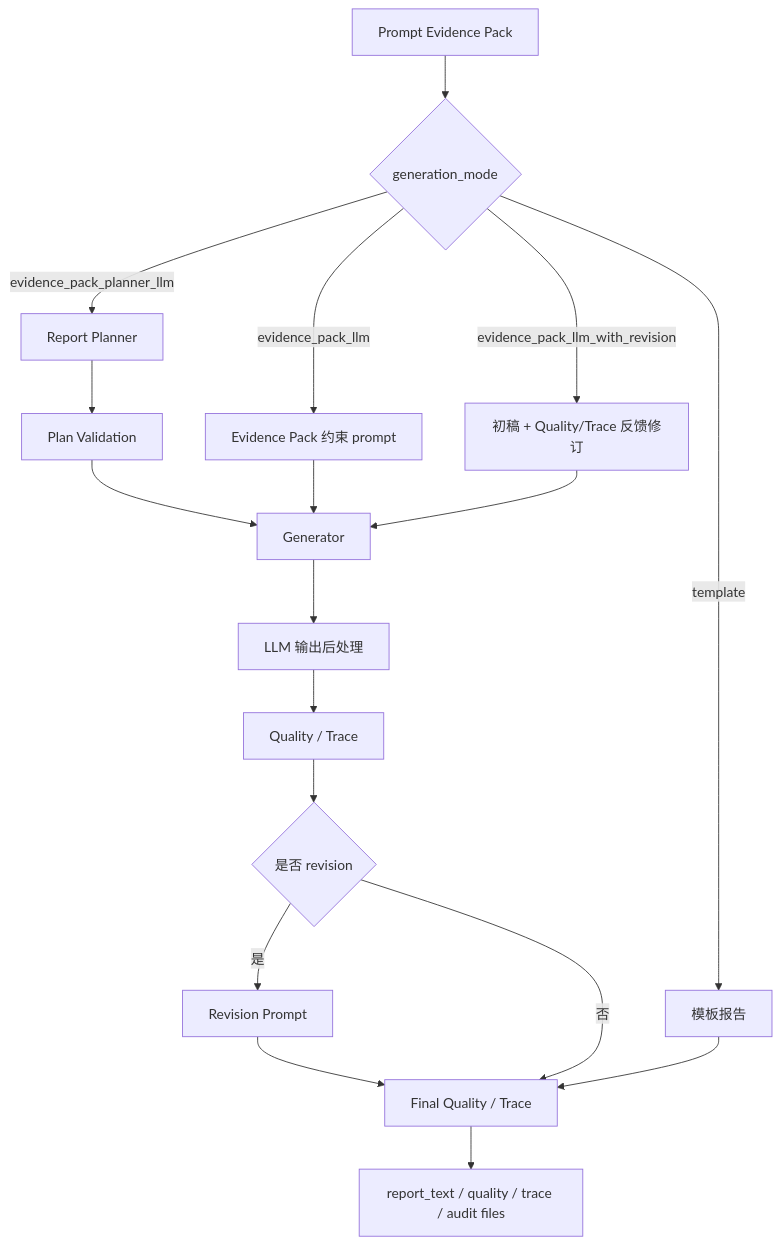
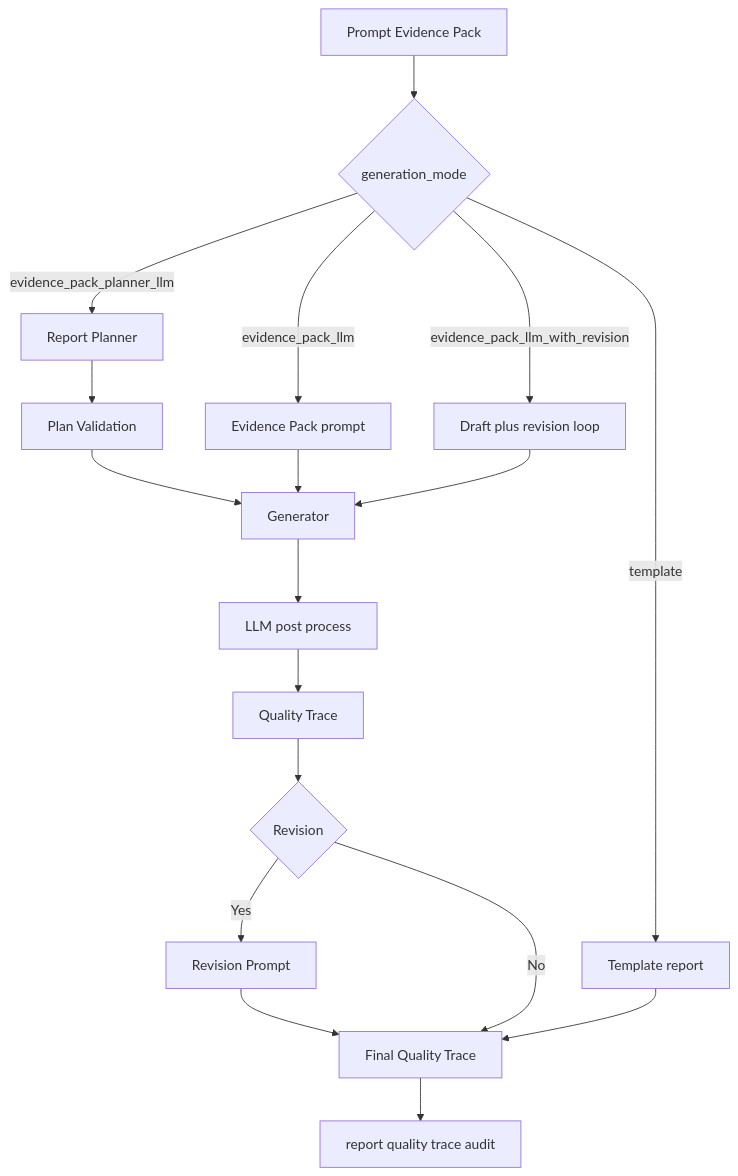
Before and after one commit to xiaodazhao/tbm-report: the third of 5 diagrams in backend/docs/system_architecture.md, drawn with Mermaid. The commit also changed other lines of this file and 1 other file, not shown here.

Commit message:
Fix GitHub Mermaid diagram rendering

````diff
--- a/backend/docs/system_architecture.md
+++ b/backend/docs/system_architecture.md
@@ -93,21 +93,21 @@
 ```mermaid
 flowchart TD
     A[Prompt Evidence Pack] --> B{generation_mode}
-    B -->|template| C[模板报告]
-    B -->|evidence_pack_llm| D[Evidence Pack 约束 prompt]
-    B -->|evidence_pack_llm_with_revision| E[初稿 + Quality/Trace 反馈修订]
+    B -->|template| C[Template report]
+    B -->|evidence_pack_llm| D[Evidence Pack prompt]
+    B -->|evidence_pack_llm_with_revision| E[Draft plus revision loop]
     B -->|evidence_pack_planner_llm| F[Report Planner]
 
     F --> G[Plan Validation]
     G --> H[Generator]
     D --> H
     E --> H
-    H --> I[LLM 输出后处理]
-    I --> J[Quality / Trace]
-    J --> K{是否 revision}
-    K -->|是| L[Revision Prompt]
-    L --> M[Final Quality / Trace]
-    K -->|否| M
+    H --> I[LLM post process]
+    I --> J[Quality Trace]
+    J --> K{Revision}
+    K -->|Yes| L[Revision Prompt]
+    L --> M[Final Quality Trace]
+    K -->|No| M
     C --> M
-    M --> N[report_text / quality / trace / audit files]
+    M --> N[report quality trace audit]
 ```
````
